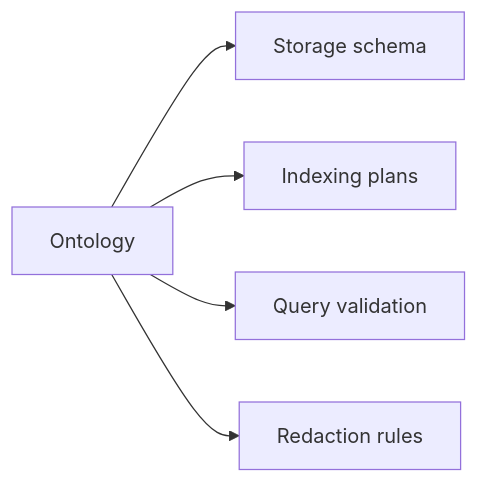
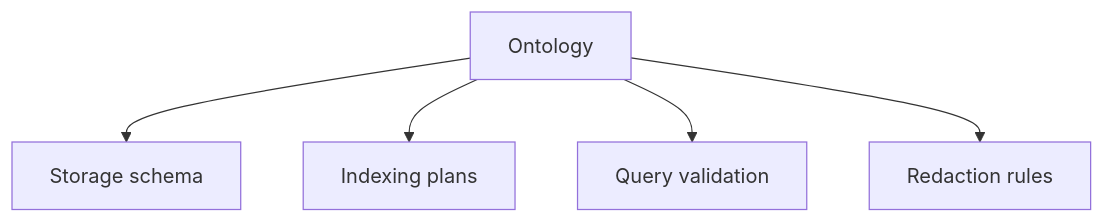
One commit to gitlabhq/orbit-knowledge-graph changed the diagram in docs/pages/engineering/architecture/data-model.md. Above: the diagram before and after it, drawn with Mermaid. The commit also changed other lines of this file and 9 other files, not shown here.

First line of the commit message:
docs(architecture): rewrite the overview and data model pages and restyle the headers

````diff
--- a/docs/pages/engineering/architecture/data-model.md
+++ b/docs/pages/engineering/architecture/data-model.md
@@ -19,7 +38,7 @@
 ```mermaid
-flowchart LR
+flowchart TB
     Ontology[Ontology] --> Storage[Storage schema]
     Ontology --> Indexing[Indexing plans]
     Ontology --> Validation[Query validation]
     Ontology --> Redaction[Redaction rules]
 ```
````
